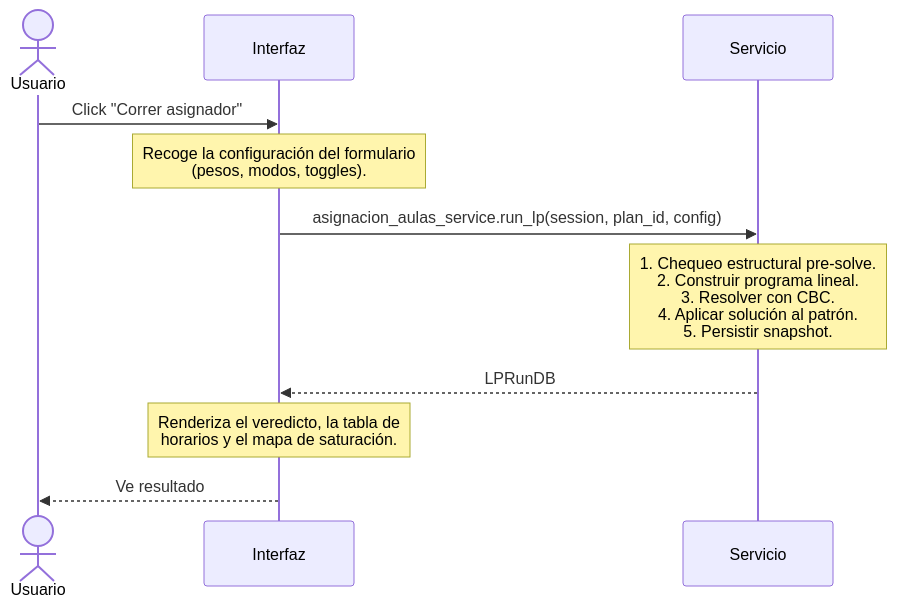
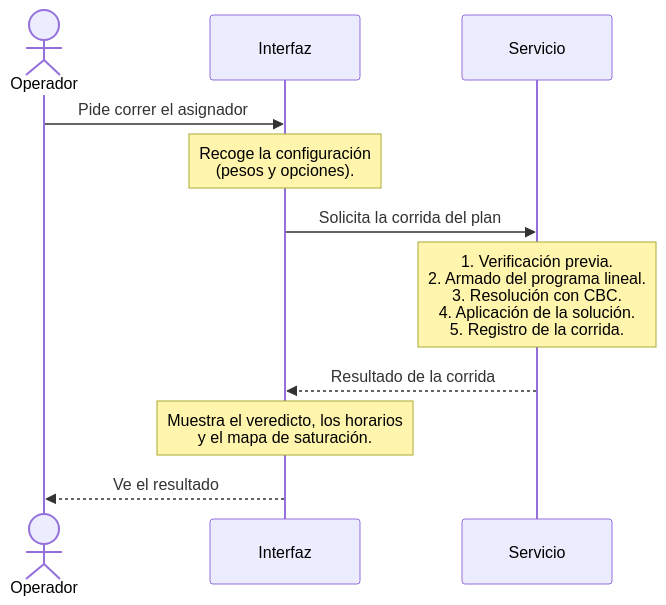
One commit to l-antonelli/gestor-aulas changed the third of 3 diagrams in project/Informe/cap07_arquitectura.md. Above: the diagram before and after it, drawn with Mermaid. The commit also changed other lines of this file and 15 other files, not shown here.

````diff
--- a/project/Informe/cap07_arquitectura.md
+++ b/project/Informe/cap07_arquitectura.md
@@ -384,14 +225,14 @@
 ```mermaid
 sequenceDiagram
-    actor U as Usuario
+    actor U as Operador
     participant I as Interfaz
     participant S as Servicio
 
-    U->>I: Click "Correr asignador"
-    Note over I: Recoge la configuración del formulario<br/>(pesos, modos, toggles).
-    I->>S: asignacion_aulas_service.run_lp(session, plan_id, config)
-    Note over S: 1. Chequeo estructural pre-solve.<br/>2. Construir programa lineal.<br/>3. Resolver con CBC.<br/>4. Aplicar solución al patrón.<br/>5. Persistir snapshot.
-    S-->>I: LPRunDB
-    Note over I: Renderiza el veredicto, la tabla de<br/>horarios y el mapa de saturación.
-    I-->>U: Ve resultado
+    U->>I: Pide correr el asignador
+    Note over I: Recoge la configuración<br/>(pesos y opciones).
+    I->>S: Solicita la corrida del plan
+    Note over S: 1. Verificación previa.<br/>2. Armado del programa lineal.<br/>3. Resolución con CBC.<br/>4. Aplicación de la solución.<br/>5. Registro de la corrida.
+    S-->>I: Resultado de la corrida
+    Note over I: Muestra el veredicto, los horarios<br/>y el mapa de saturación.
+    I-->>U: Ve el resultado
 ```
````
